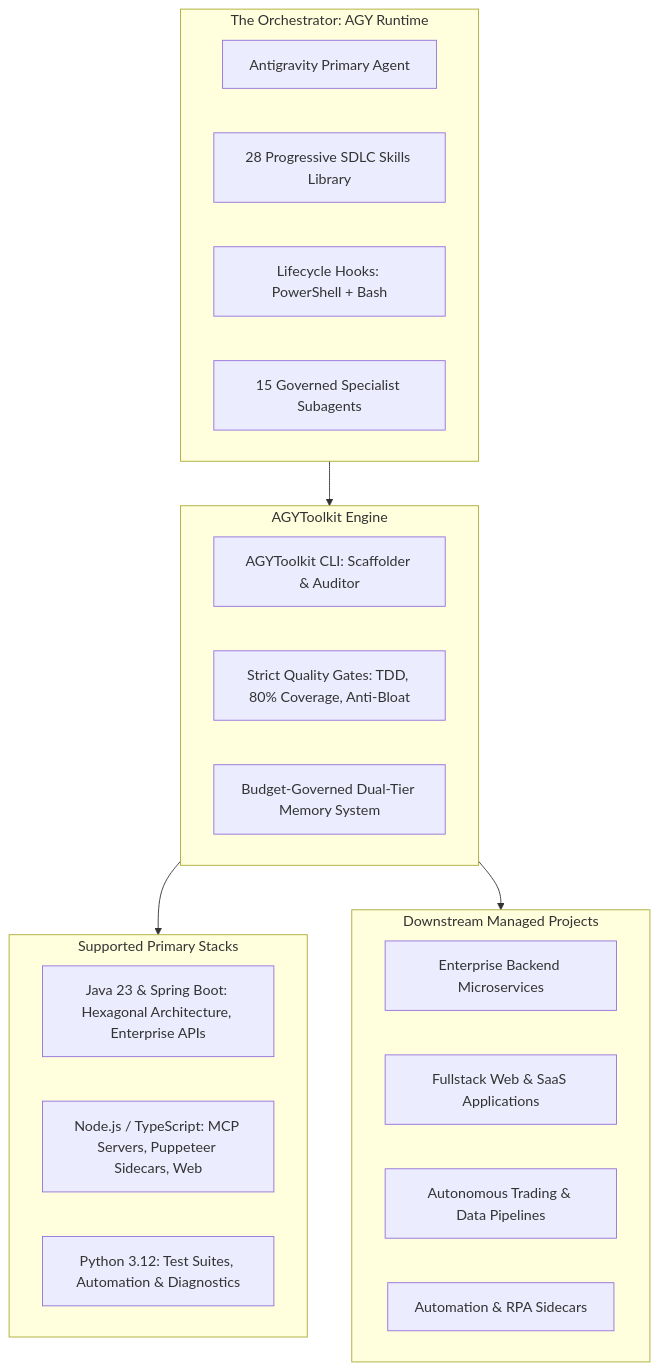
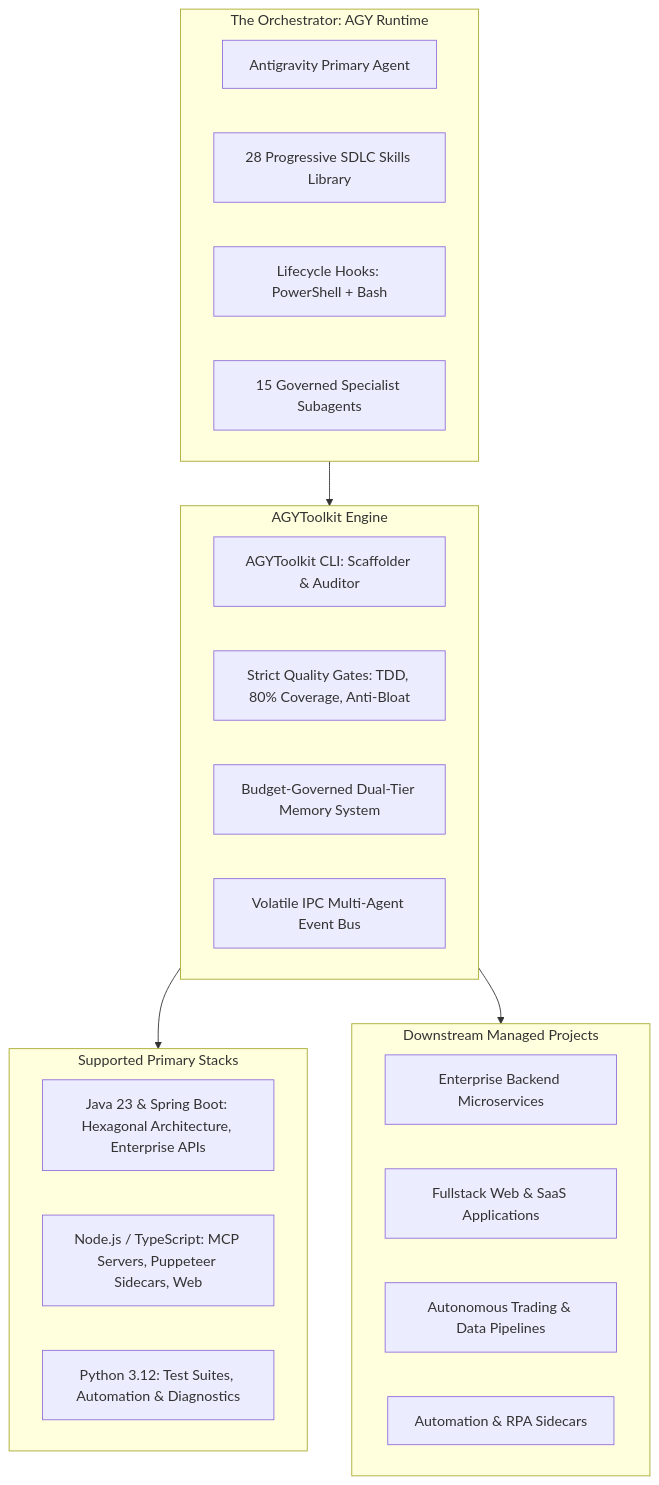
One commit to OneEyedDragon1102/AGYToolkit changed the diagram in README.md. Above: the diagram before and after it, drawn with Mermaid. The commit also changed other lines of this file and 6 other files, not shown here.

````diff
--- a/README.md
+++ b/README.md
@@ -11,32 +11,33 @@
 ```mermaid
 flowchart TD
     subgraph Mind [The Orchestrator: AGY Runtime]
         Agent[Antigravity Primary Agent]
         Skills[28 Progressive SDLC Skills Library]
         Hooks[Lifecycle Hooks: PowerShell + Bash]
         Swarm[15 Governed Specialist Subagents]
     end
 
     subgraph FrameworkCore [AGYToolkit Engine]
         CLI[AGYToolkit CLI: Scaffolder & Auditor]
         Gates[Strict Quality Gates: TDD, 80% Coverage, Anti-Bloat]
         Memory[Budget-Governed Dual-Tier Memory System]
+        Bus[Volatile IPC Multi-Agent Event Bus]
     end
 
     subgraph TechStacks [Supported Primary Stacks]
         JavaStack[Java 23 & Spring Boot: Hexagonal Architecture, Enterprise APIs]
         NodeStack[Node.js / TypeScript: MCP Servers, Puppeteer Sidecars, Web]
         PyStack[Python 3.12: Test Suites, Automation & Diagnostics]
     end
 
     subgraph TargetRepos [Downstream Managed Projects]
         R1[Enterprise Backend Microservices]
         R2[Fullstack Web & SaaS Applications]
         R3[Autonomous Trading & Data Pipelines]
         R4[Automation & RPA Sidecars]
     end
 
     Mind --> FrameworkCore
     FrameworkCore --> TechStacks
     FrameworkCore --> TargetRepos
 ```
````
